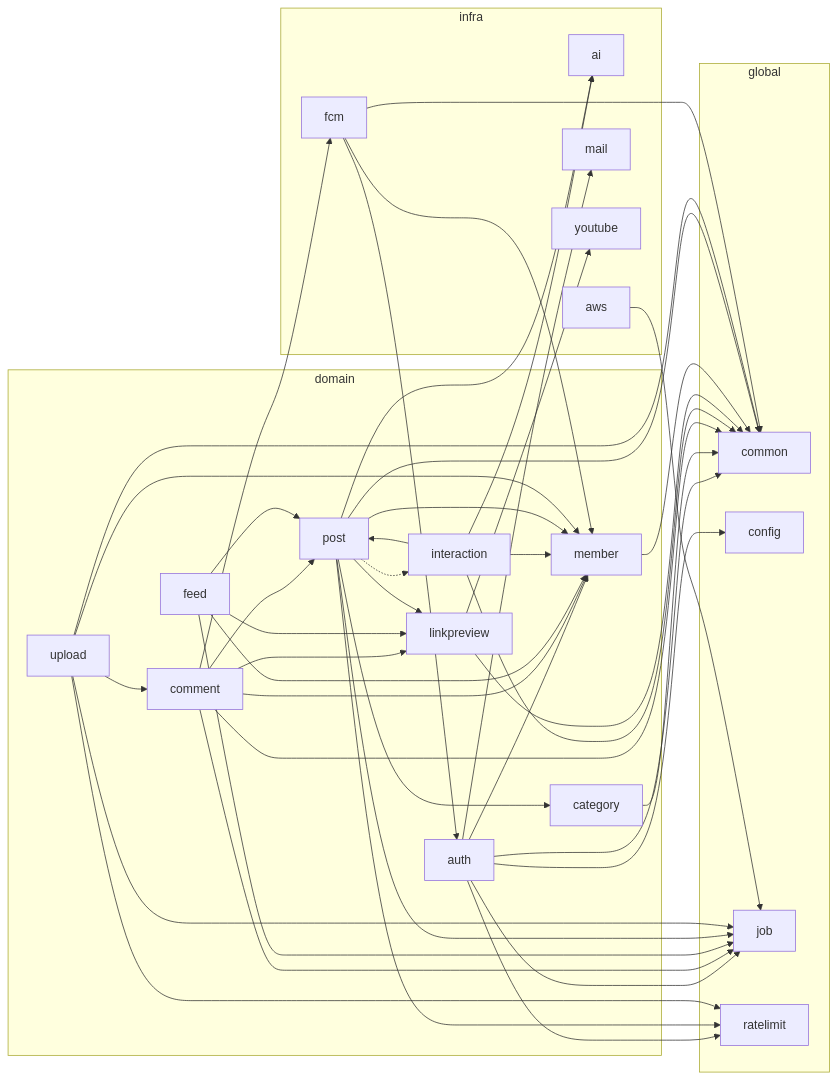
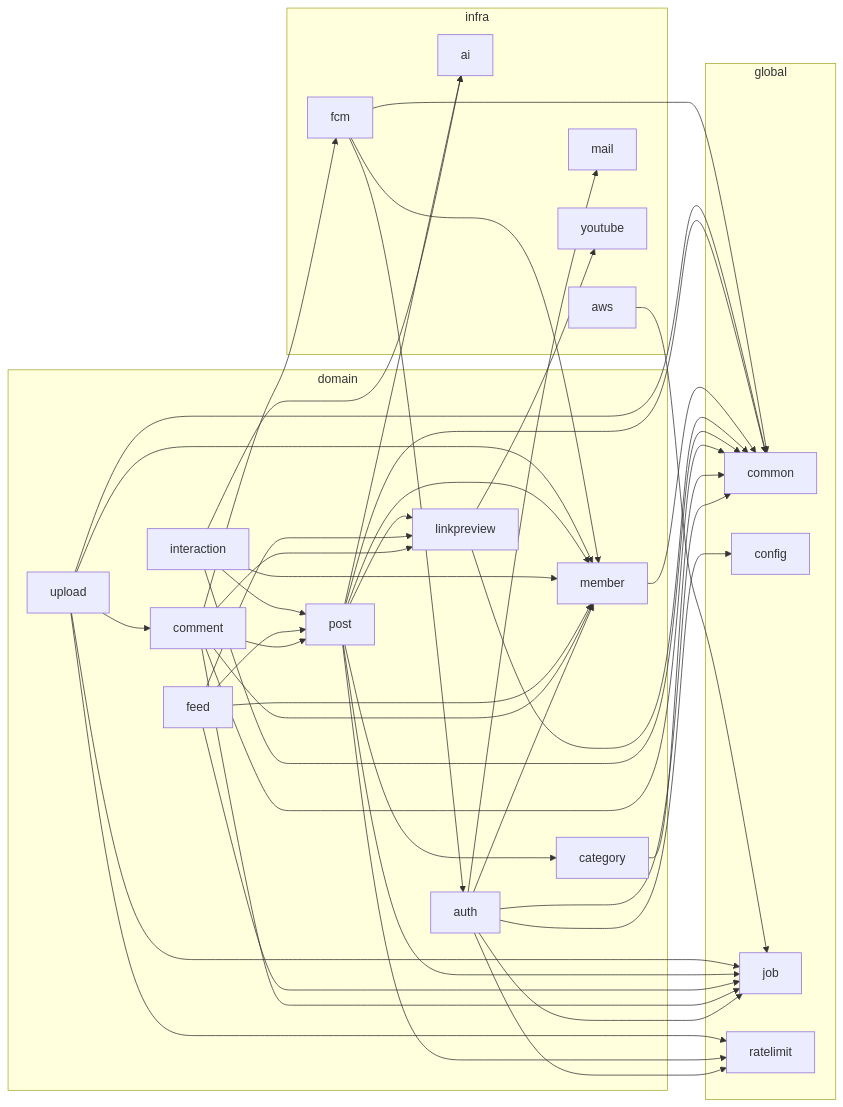
Before and after one commit to BAECHAN/link-sphere_BE_NEW: the second of 4 diagrams in docs/BE-ARCHITECTURE.md, drawn with Mermaid. The commit also changed other lines of this file and 20 other files, not shown here.

````diff
--- a/docs/BE-ARCHITECTURE.md
+++ b/docs/BE-ARCHITECTURE.md
@@ -91,68 +91,67 @@
 ```mermaid
 flowchart LR
   subgraph domain
     domain_auth["auth"]
     domain_category["category"]
     domain_comment["comment"]
     domain_feed["feed"]
     domain_interaction["interaction"]
     domain_linkpreview["linkpreview"]
     domain_member["member"]
     domain_post["post"]
     domain_upload["upload"]
   end
   subgraph global
     global_common["common"]
     global_config["config"]
     global_job["job"]
     global_ratelimit["ratelimit"]
   end
   subgraph infra
     infra_ai["ai"]
     infra_aws["aws"]
     infra_fcm["fcm"]
     infra_mail["mail"]
     infra_youtube["youtube"]
   end
   domain_auth --> domain_member
   domain_auth --> global_common
   domain_auth --> global_config
   domain_auth --> global_job
   domain_auth --> global_ratelimit
   domain_auth --> infra_mail
   domain_category --> global_common
   domain_comment --> domain_linkpreview
   domain_comment --> domain_member
   domain_comment --> domain_post
   domain_comment --> global_common
   domain_comment --> global_job
   domain_comment --> infra_fcm
   domain_feed --> domain_linkpreview
   domain_feed --> domain_member
   domain_feed --> domain_post
   domain_feed --> global_job
   domain_interaction --> domain_member
   domain_interaction --> domain_post
   domain_interaction --> global_common
   domain_interaction --> infra_ai
   domain_linkpreview --> global_common
   domain_linkpreview --> infra_youtube
   domain_member --> global_common
   domain_post --> domain_category
-  domain_post -.-> domain_interaction
   domain_post --> domain_linkpreview
   domain_post --> domain_member
   domain_post --> global_common
   domain_post --> global_job
   domain_post --> global_ratelimit
   domain_post --> infra_ai
   domain_upload --> domain_comment
   domain_upload --> domain_member
   domain_upload --> global_common
   domain_upload --> global_job
   domain_upload --> global_ratelimit
   infra_aws --> global_job
   infra_fcm --> domain_auth
   infra_fcm --> domain_member
   infra_fcm --> global_common
 ```
````
